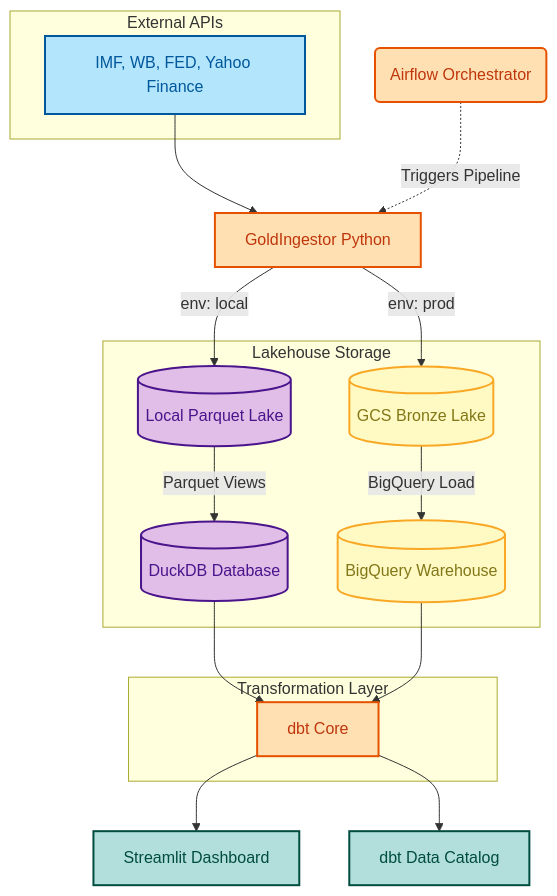
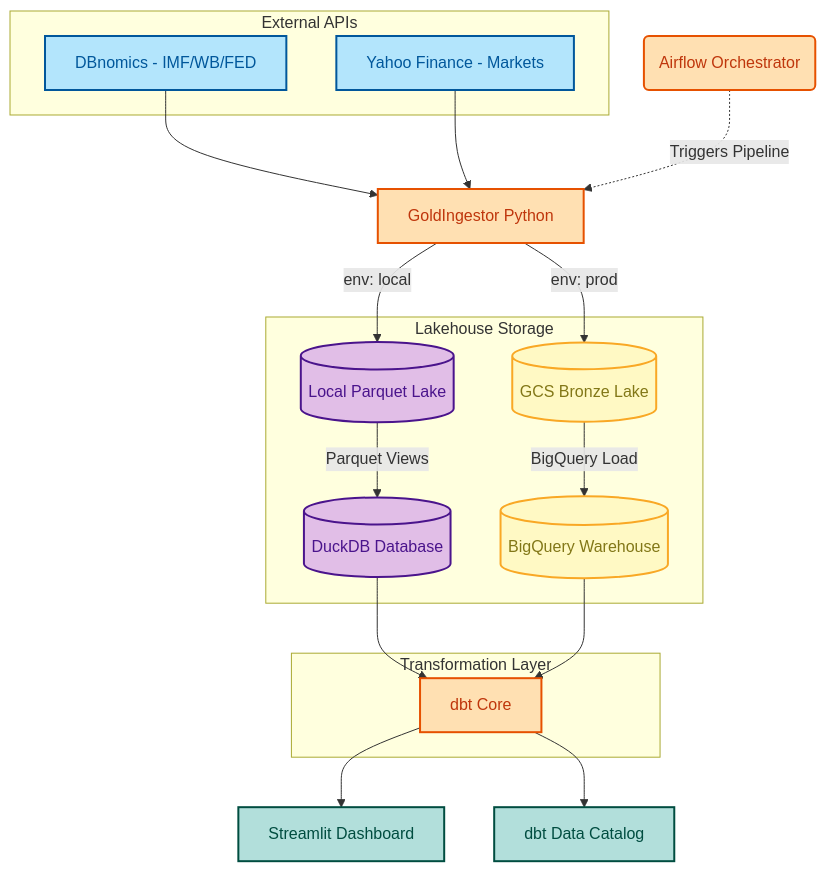
The diagram in README.md (flo-kaiser/data_engineering_project), drawn with Mermaid before and after one commit. The commit also changed other lines of this file and 1 other file, not shown here.

Commit message:
docs & infra: integrate DBnomics into README and remove hardcoded Airflow credentials

````diff
--- a/README.md
+++ b/README.md
@@ -23,39 +23,41 @@
 ```mermaid
 graph TD
     classDef source fill:#b3e5fc,stroke:#01579b,stroke-width:2px,color:#01579b;
     classDef dev fill:#e1bee7,stroke:#4a148c,stroke-width:2px,color:#4a148c;
     classDef prod fill:#fff9c4,stroke:#f9a825,stroke-width:2px,color:#827717;
     classDef process fill:#ffe0b2,stroke:#e65100,stroke-width:2px,color:#bf360c;
     classDef viz fill:#b2dfdb,stroke:#004d40,stroke-width:2px,color:#004d40;
 
     subgraph Sources [External APIs]
-        API[IMF, WB, FED, Yahoo Finance]:::source
+        API[DBnomics - IMF/WB/FED]:::source
+        YF[Yahoo Finance - Markets]:::source
     end
 
     IM[GoldIngestor Python]:::process
 
     subgraph Storage [Lakehouse Storage]
         Local_Parquet[(Local Parquet Lake)]:::dev
         DB[(DuckDB Database)]:::dev
         GCS[(GCS Bronze Lake)]:::prod
         BQ[(BigQuery Warehouse)]:::prod
     end
 
     subgraph Transform [Transformation Layer]
         DBT[dbt Core]:::process
     end
 
     API --> IM
+    YF --> IM
     IM -- "env: local" --> Local_Parquet
     Local_Parquet -- "Parquet Views" --> DB
     IM -- "env: prod" --> GCS
     GCS -- "BigQuery Load" --> BQ
 
     DB --> DBT
     BQ --> DBT
 
     DBT --> Dashboard[Streamlit Dashboard]:::viz
     DBT --> Docs[dbt Data Catalog]:::viz
 
     Airflow(Airflow Orchestrator):::process -. "Triggers Pipeline" .-> IM
 ```
````
